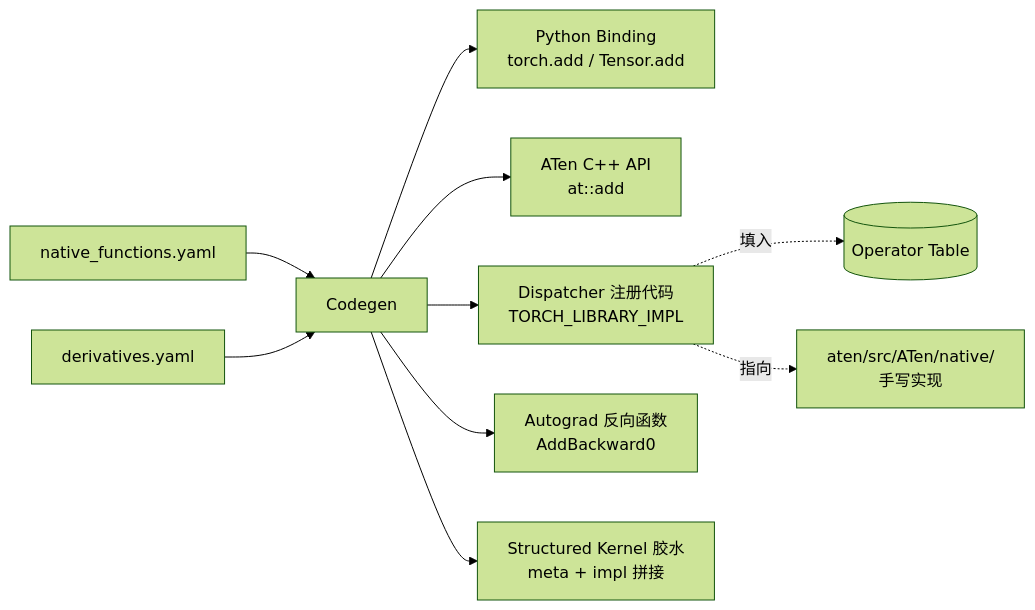
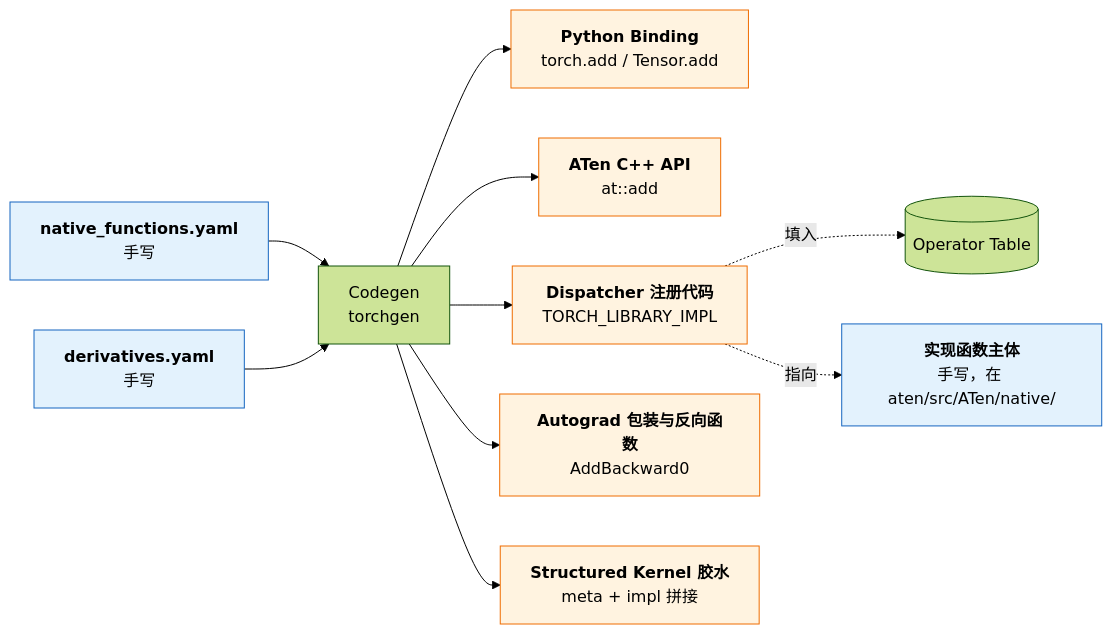
One commit to arganzheng/arganzheng.github.com changed the third of 6 diagrams in _posts/2026-02-21-pytorch-dispatcher-and-operator-system.md. Above: the diagram before and after it, drawn with Mermaid (forest theme). The commit also changed other lines of this file and 4 other files, not shown here.

First line of the commit message:
PyTorch Dispatcher 与算子系统：按 17 条划线评论修改（Discussion #369）

````diff
--- a/_posts/2026-02-21-pytorch-dispatcher-and-operator-system.md
+++ b/_posts/2026-02-21-pytorch-dispatcher-and-operator-system.md
@@ -470,13 +563,17 @@
 ```mermaid
-%% 图：Codegen 读什么、生成什么：两份 yaml 生成 Binding、C++ API、注册代码、反向函数与 Structured Kernel 胶水
+%% 图：原生算子的 Codegen：蓝色是开发者手写的，橙色是 torchgen 生成的
 flowchart LR
-    Y1[native_functions.yaml] --> CG[Codegen]
-    Y2[derivatives.yaml] --> CG
-    CG --> PB[Python Binding<br/>torch.add / Tensor.add]
-    CG --> API[ATen C++ API<br/>at::add]
-    CG --> REG[Dispatcher 注册代码<br/>TORCH_LIBRARY_IMPL]
-    CG --> AG[Autograd 反向函数<br/>AddBackward0]
-    CG --> SK[Structured Kernel 胶水<br/>meta + impl 拼接]
-    REG -.填入.-> OT[(Operator Table)]
-    REG -.指向.-> IMPL[aten/src/ATen/native/<br/>手写实现]
+    Y1["<b>native_functions.yaml</b><br/>手写"] --> CG["Codegen<br/>torchgen"]
+    Y2["<b>derivatives.yaml</b><br/>手写"] --> CG
+    CG --> PB["<b>Python Binding</b><br/>torch.add / Tensor.add"]
+    CG --> API["<b>ATen C++ API</b><br/>at::add"]
+    CG --> REG["<b>Dispatcher 注册代码</b><br/>TORCH_LIBRARY_IMPL"]
+    CG --> AG["<b>Autograd 包装与反向函数</b><br/>AddBackward0"]
+    CG --> SK["<b>Structured Kernel 胶水</b><br/>meta + impl 拼接"]
+    REG -.填入.-> OT[("Operator Table")]
+    REG -.指向.-> IMPL["<b>实现函数主体</b><br/>手写，在 aten/src/ATen/native/"]
+    classDef hand fill:#e3f2fd,stroke:#1565c0;
+    classDef gen fill:#fff3e0,stroke:#ef6c00;
+    class Y1,Y2,IMPL hand;
+    class PB,API,REG,AG,SK gen;
 ```
````
